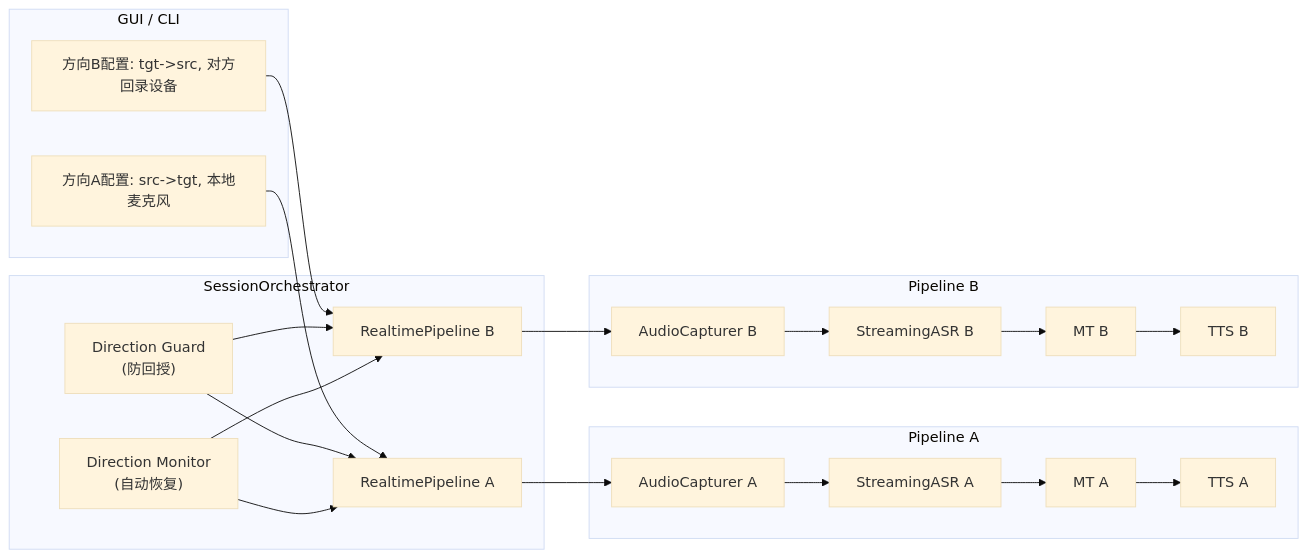
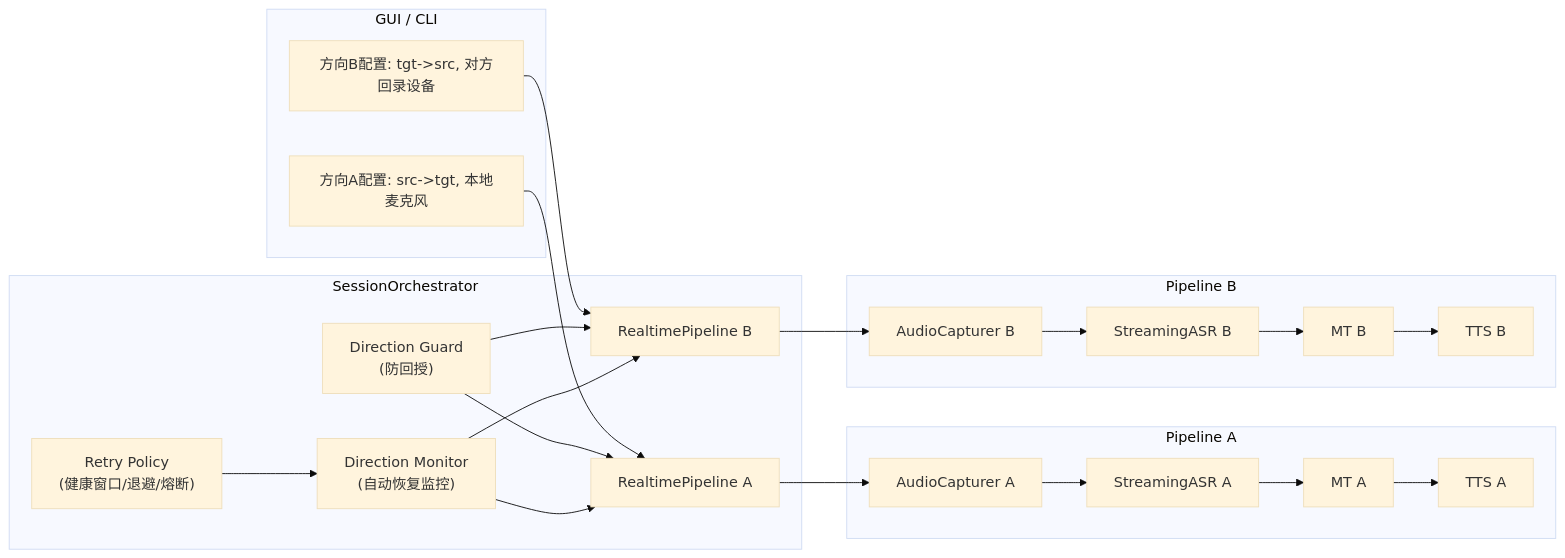
One commit to ADream-ki/LocalTrans changed the first of 2 diagrams in docs/bidirectional_architecture_design.md. Above: the diagram before and after it, drawn with Mermaid (base theme). The commit also changed other lines of this file and 15 other files, not shown here.

````diff
--- a/docs/bidirectional_architecture_design.md
+++ b/docs/bidirectional_architecture_design.md
@@ -10,37 +10,39 @@
 ```mermaid
 flowchart LR
     subgraph GUI["GUI / CLI"]
       A1["方向A配置: src->tgt, 本地麦克风"]
       A2["方向B配置: tgt->src, 对方回录设备"]
     end
 
     subgraph Session["SessionOrchestrator"]
       G1["Direction Guard\n(防回授)"]
-      R1["Direction Monitor\n(自动恢复)"]
+      R1["Direction Monitor\n(自动恢复监控)"]
+      R2["Retry Policy\n(健康窗口/退避/熔断)"]
       P1["RealtimePipeline A"]
       P2["RealtimePipeline B"]
     end
 
     subgraph PipelineA["Pipeline A"]
       I1["AudioCapturer A"]
       S1["StreamingASR A"]
       M1["MT A"]
       T1["TTS A"]
     end
 
     subgraph PipelineB["Pipeline B"]
       I2["AudioCapturer B"]
       S2["StreamingASR B"]
       M2["MT B"]
       T2["TTS B"]
     end
 
     A1 --> P1
     A2 --> P2
     G1 --> P1
     G1 --> P2
     R1 --> P1
     R1 --> P2
+    R2 --> R1
     P1 --> I1 --> S1 --> M1 --> T1
     P2 --> I2 --> S2 --> M2 --> T2
 ```
````
